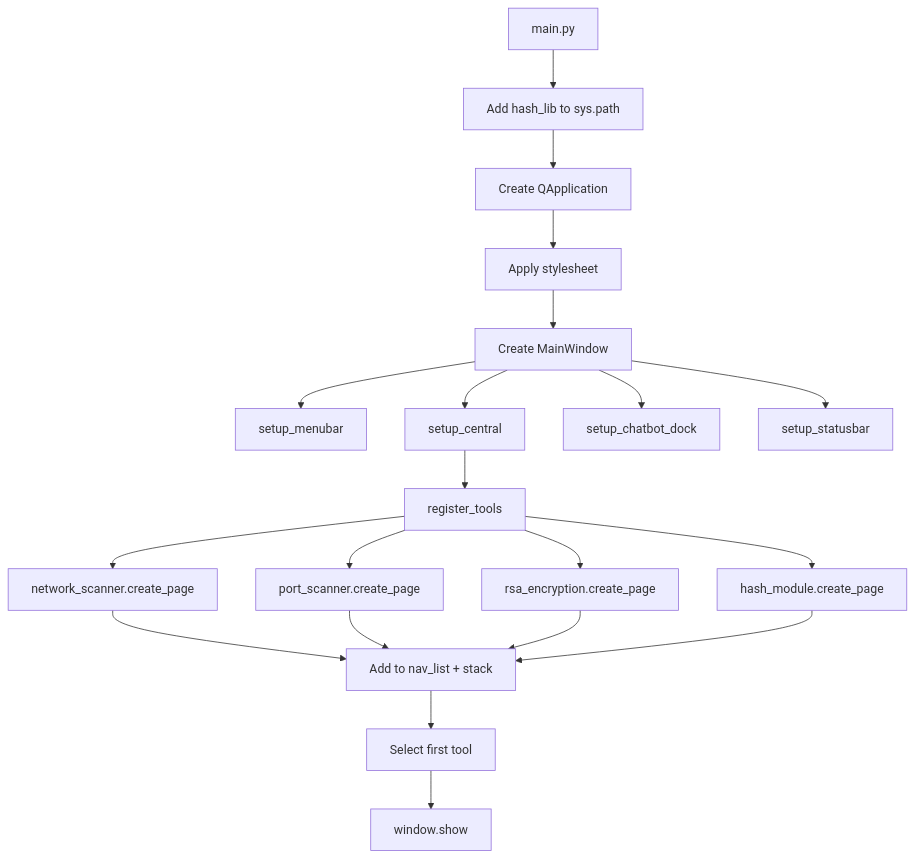
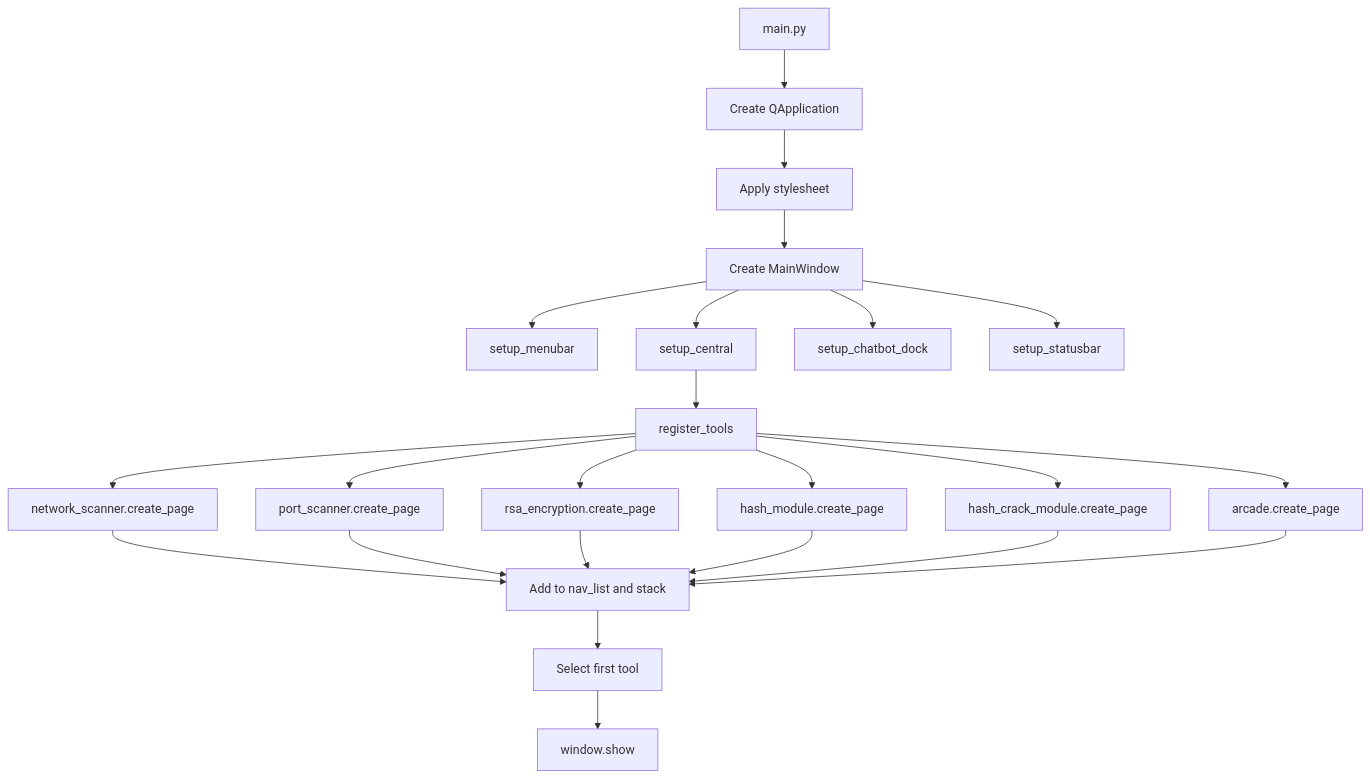
The second of 6 diagrams in src/frontend/README.md (Mr-Robotiko/Gilfi), drawn with Mermaid before and after one commit. The commit also changed other lines of this file, not shown here.

````diff
--- a/src/frontend/README.md
+++ b/src/frontend/README.md
@@ -193,19 +267,20 @@
 ```mermaid
 flowchart TD
-    A[main.py] --> B[Add hash_lib to sys.path]
-    B --> C[Create QApplication]
-    C --> D[Apply stylesheet]
-    D --> E[Create MainWindow]
-    E --> F[setup_menubar]
-    E --> G[setup_central]
-    E --> H[setup_chatbot_dock]
-    E --> I[setup_statusbar]
-    G --> J[register_tools]
-    J --> K[network_scanner.create_page]
-    J --> L[port_scanner.create_page]
-    J --> M[rsa_encryption.create_page]
-    J --> N[hash_module.create_page]
-    K & L & M & N --> O[Add to nav_list + stack]
-    O --> P[Select first tool]
-    P --> Q[window.show]
+    A[main.py] --> B[Create QApplication]
+    B --> C[Apply stylesheet]
+    C --> D[Create MainWindow]
+    D --> E[setup_menubar]
+    D --> F[setup_central]
+    D --> G[setup_chatbot_dock]
+    D --> H[setup_statusbar]
+    F --> I[register_tools]
+    I --> J[network_scanner.create_page]
+    I --> K[port_scanner.create_page]
+    I --> L[rsa_encryption.create_page]
+    I --> M[hash_module.create_page]
+    I --> N[hash_crack_module.create_page]
+    I --> O[arcade.create_page]
+    J & K & L & M & N & O --> P[Add to nav_list and stack]
+    P --> Q[Select first tool]
+    Q --> R[window.show]
 ```
````
